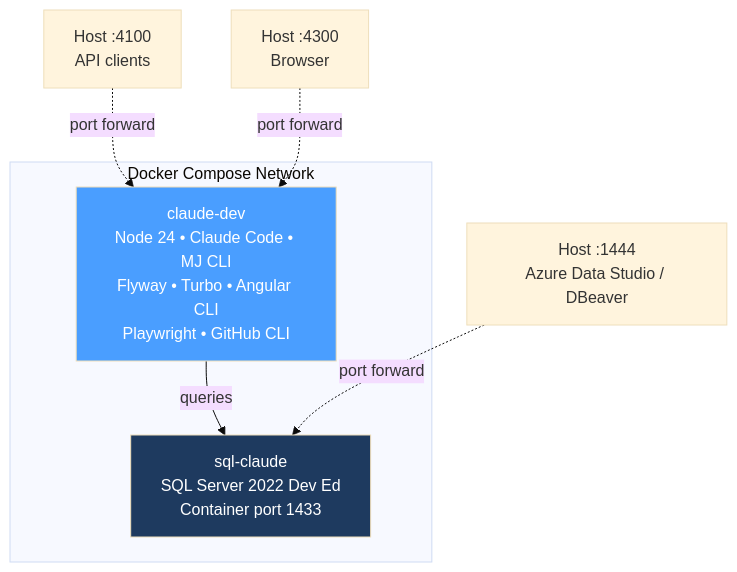
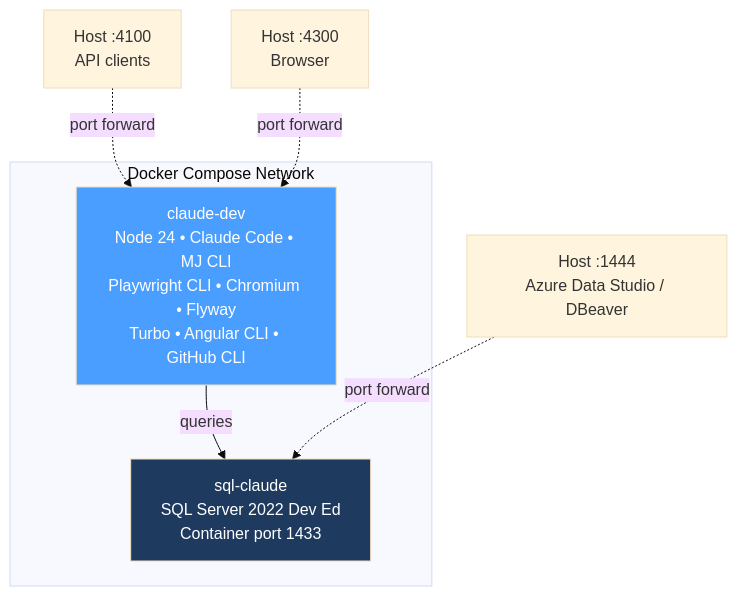
One commit to MemberJunction/MJ changed the first of 7 diagrams in docker/workbench/README.md. Above: the diagram before and after it, drawn with Mermaid (base theme). The commit also changed other lines of this file and 9 other files, not shown here.

````diff
--- a/docker/workbench/README.md
+++ b/docker/workbench/README.md
@@ -5,15 +5,15 @@
 ```mermaid
 graph TB
     subgraph "Docker Compose Network"
         SQL["sql-claude<br/>SQL Server 2022 Dev Ed<br/>Container port 1433"]
-        DEV["claude-dev<br/>Node 24 &bull; Claude Code &bull; MJ CLI<br/>Flyway &bull; Turbo &bull; Angular CLI<br/>Playwright &bull; GitHub CLI"]
+        DEV["claude-dev<br/>Node 24 &bull; Claude Code &bull; MJ CLI<br/>Playwright CLI &bull; Chromium &bull; Flyway<br/>Turbo &bull; Angular CLI &bull; GitHub CLI"]
         DEV -->|queries| SQL
     end
 
     HOST_SQL["Host :1444<br/>Azure Data Studio / DBeaver"] -.->|"port forward"| SQL
     HOST_API["Host :4100<br/>API clients"] -.->|"port forward"| DEV
     HOST_UI["Host :4300<br/>Browser"] -.->|"port forward"| DEV
 
     style SQL fill:#1e3a5f,color:#fff
     style DEV fill:#4a9eff,color:#fff
 ```
````
